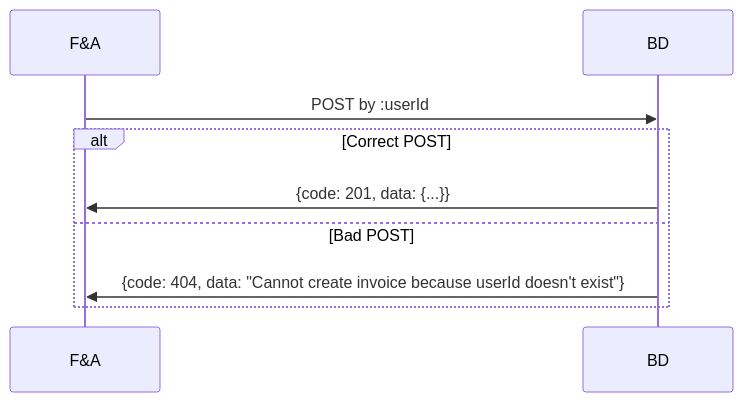
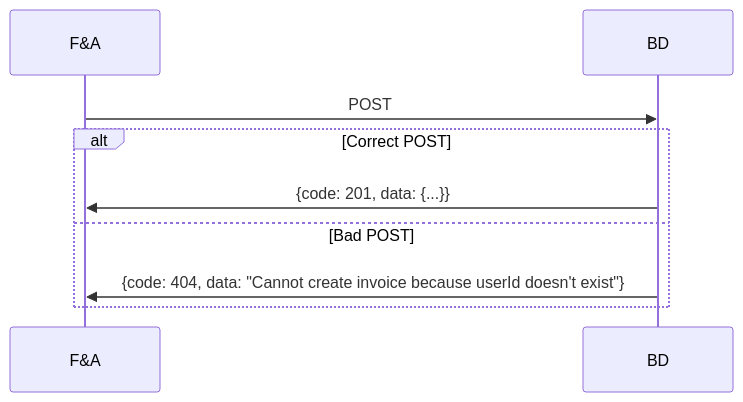
The fourth of 9 diagrams in guiauso/backend-endpoints.md (LaggerP/facturacion-documentation), drawn with Mermaid before and after one commit.

````diff
--- a/guiauso/backend-endpoints.md
+++ b/guiauso/backend-endpoints.md
@@ -94,9 +94,9 @@
 ```mermaid
 sequenceDiagram
-    F&A->>BD: POST by :userId
+    F&A->>BD: POST
     alt Correct POST
         BD->>F&A: {code: 201, data: {...}}
     else Bad POST
          BD->>F&A: {code: 404, data: "Cannot create invoice because userId doesn't exist"}
     end
 ```
````
